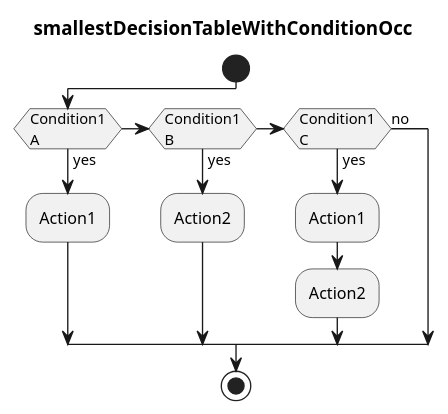
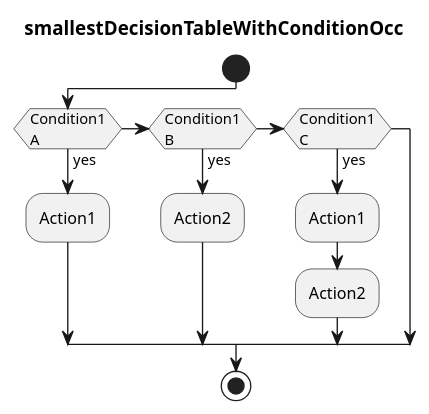
Before and after one commit to uniqueck/asciidoctorj-decisiontable-extension: the diagram in src/test/resources/smallestDecisionTableWithConditionOcc.lfet.activity.puml.adoc, drawn with PlantUML. The commit also changed 33 other files, not shown here.

```diff
--- a/src/test/resources/smallestDecisionTableWithConditionOcc.lfet.activity.puml.adoc
+++ b/src/test/resources/smallestDecisionTableWithConditionOcc.lfet.activity.puml.adoc
@@ -1,16 +1,15 @@
 [plantuml, smallestDecisionTableWithConditionOcc.lfet]
 ----
 title smallestDecisionTableWithConditionOcc
 
 start
 if (Condition1\nA) then (yes)
 -Action1
 elseif (Condition1\nB) then (yes)
 -Action2
 elseif (Condition1\nC) then (yes)
 -Action1
 -Action2
-else (no)
 endif
 stop
 ----
```
